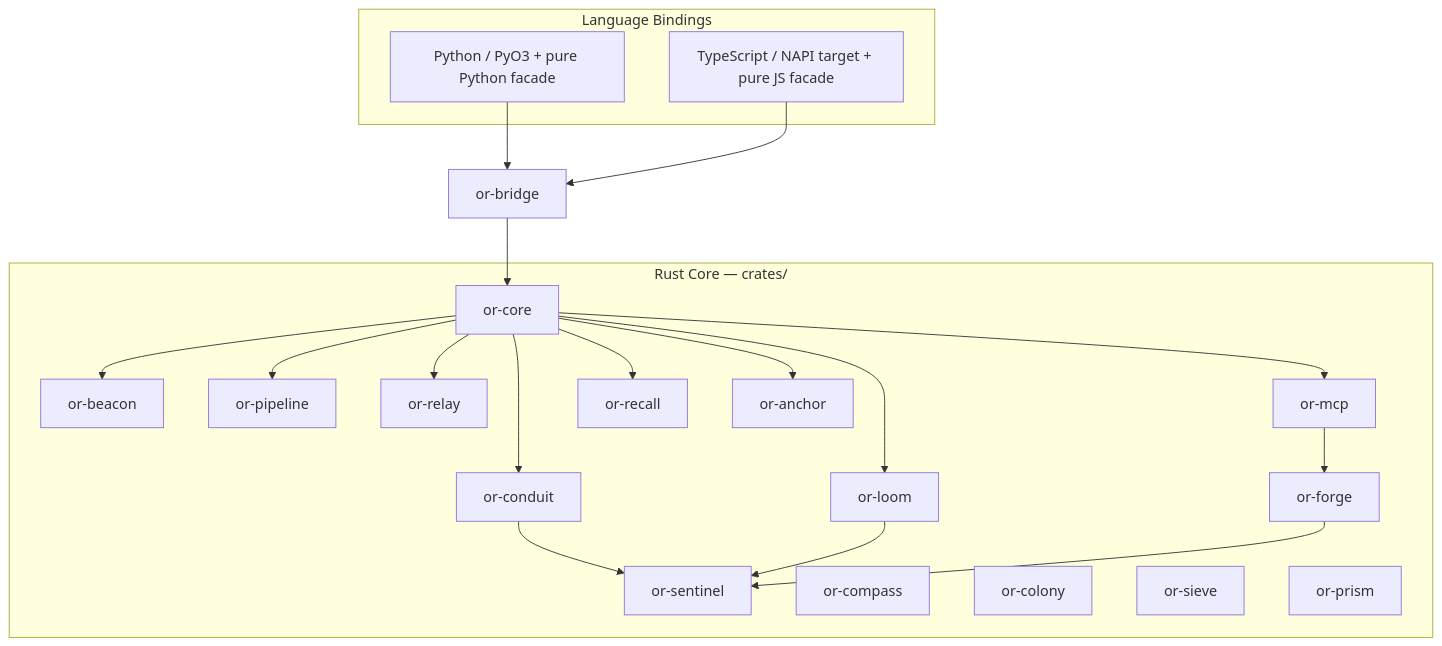
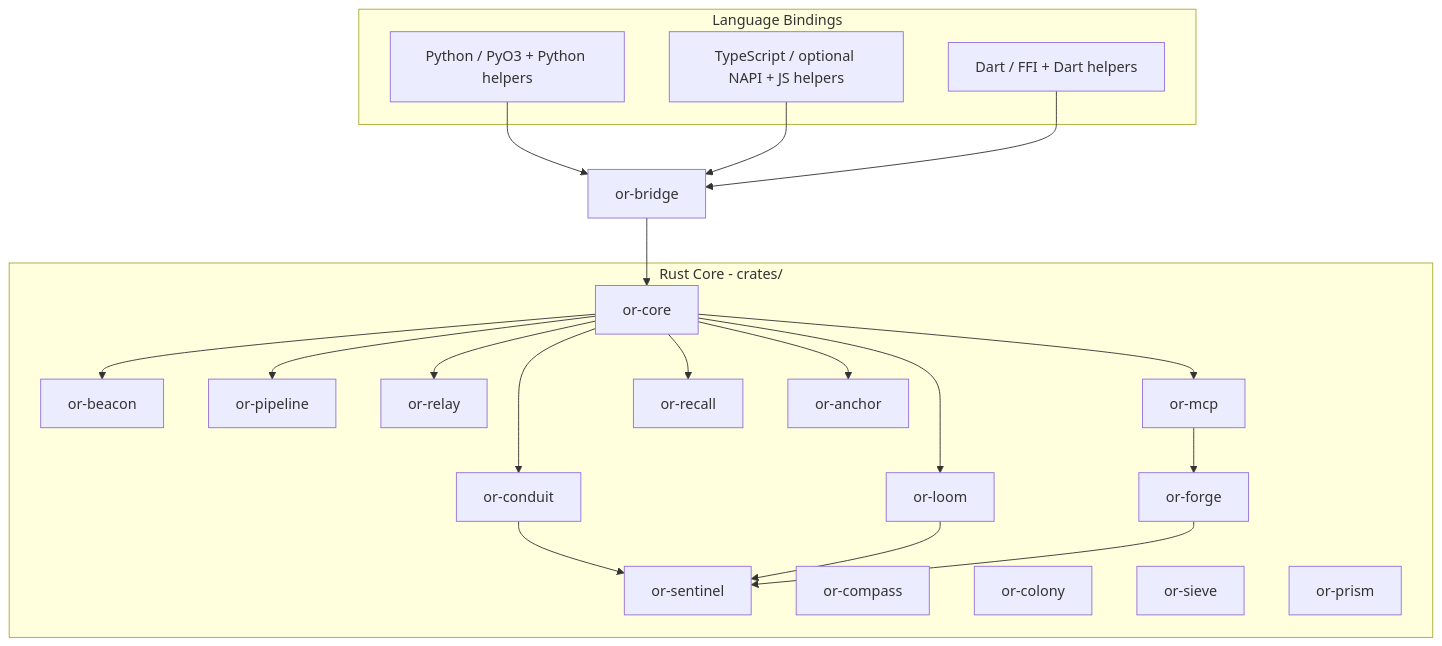
Before and after one commit to Regent33/Orchustr: the diagram in docs/architecture/overview.md, drawn with Mermaid. The commit also changed other lines of this file and 74 other files, not shown here.

````diff
--- a/docs/architecture/overview.md
+++ b/docs/architecture/overview.md
@@ -7,39 +7,41 @@
 ```mermaid
 graph TB
   subgraph Bindings ["Language Bindings"]
-    PY[Python / PyO3 + pure Python facade]
-    TS[TypeScript / NAPI target + pure JS facade]
+    PY[Python / PyO3 + Python helpers]
+    TS[TypeScript / optional NAPI + JS helpers]
+    DART[Dart / FFI + Dart helpers]
   end
-  subgraph Core ["Rust Core — crates/"]
+  subgraph Core ["Rust Core - crates/"]
     CORE[or-core]
     BEACON[or-beacon]
     PIPE[or-pipeline]
     RELAY[or-relay]
     LOOM[or-loom]
     CONDUIT[or-conduit]
     FORGE[or-forge]
     MCP[or-mcp]
     SENTINEL[or-sentinel]
     RECALL[or-recall]
     ANCHOR[or-anchor]
     COMPASS[or-compass]
     COLONY[or-colony]
     SIEVE[or-sieve]
     PRISM[or-prism]
   end
   PY --> BRIDGE[or-bridge]
   TS --> BRIDGE
+  DART --> BRIDGE
   BRIDGE --> CORE
   CORE --> BEACON
   CORE --> PIPE
   CORE --> RELAY
   CORE --> LOOM
   CORE --> CONDUIT
   CORE --> MCP
   CORE --> RECALL
   CORE --> ANCHOR
   MCP --> FORGE
   CONDUIT --> SENTINEL
   LOOM --> SENTINEL
   FORGE --> SENTINEL
 ```
````
